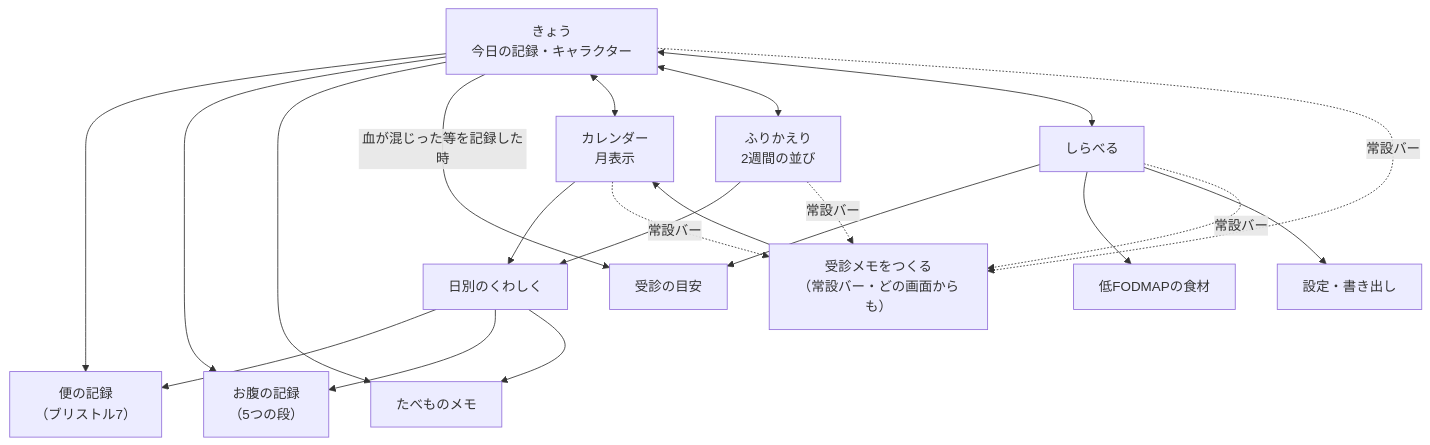
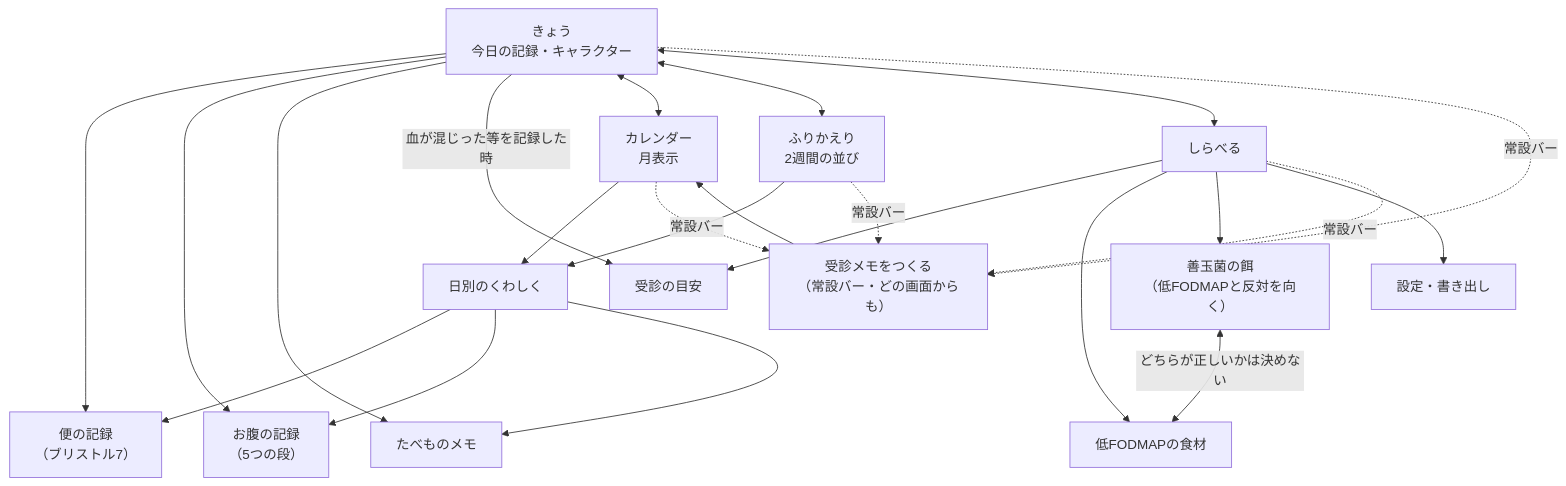
The diagram in chou/docs/SCREENS.md (youtaix656-eng/-), drawn with Mermaid before and after one commit. The commit also changed other lines of this file and 13 other files, not shown here.

````diff
--- a/chou/docs/SCREENS.md
+++ b/chou/docs/SCREENS.md
@@ -10,43 +10,46 @@
 ```mermaid
 flowchart TD
     Home["きょう<br/>今日の記録・キャラクター"]
     Cal["カレンダー<br/>月表示"]
     Day["日別のくわしく"]
     Look["ふりかえり<br/>2週間の並び"]
     Know["しらべる"]
 
     Stool["便の記録<br/>（ブリストル7）"]
     Belly["お腹の記録<br/>（5つの段）"]
     Meal["たべものメモ"]
 
     Note["受診メモをつくる<br/>（常設バー・どの画面からも）"]
     Flag["受診の目安"]
     Food["低FODMAPの食材"]
+    Pre["善玉菌の餌<br/>（低FODMAPと反対を向く）"]
     Set["設定・書き出し"]
 
     Home --> Stool
     Home --> Belly
     Home --> Meal
     Home -->|"血が混じった等を記録した時"| Flag
 
     Home <--> Cal
     Home <--> Look
     Home <--> Know
 
     Cal --> Day
     Day --> Stool
     Day --> Belly
     Day --> Meal
 
     Look --> Day
 
     Know --> Flag
     Know --> Food
+    Know --> Pre
+    Pre <-->|"どちらが正しいかは決めない"| Food
     Know --> Set
 
     Note --> Cal
     Home -.常設バー.-> Note
     Cal -.常設バー.-> Note
     Look -.常設バー.-> Note
     Know -.常設バー.-> Note
 ```
````
